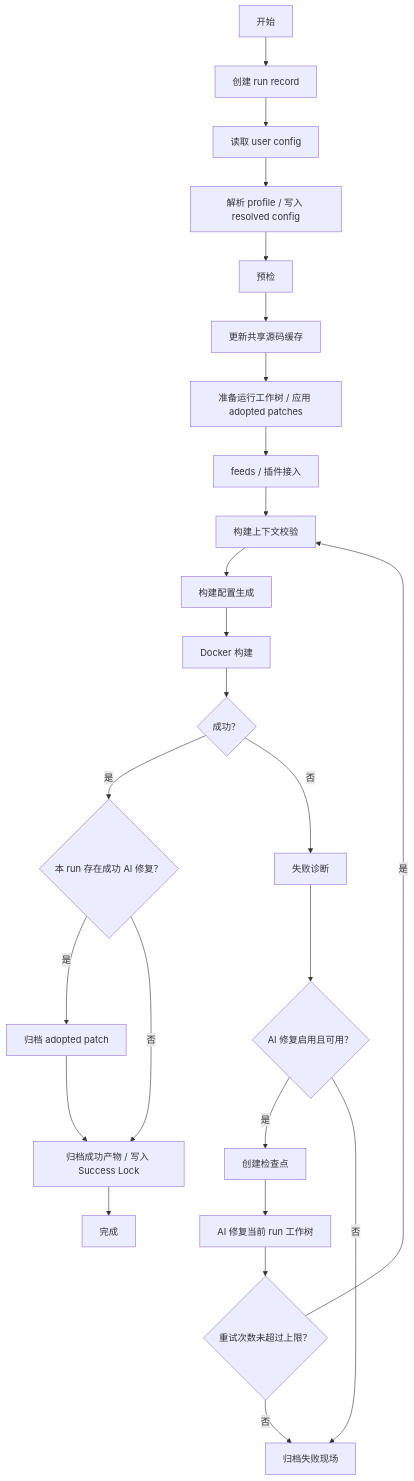
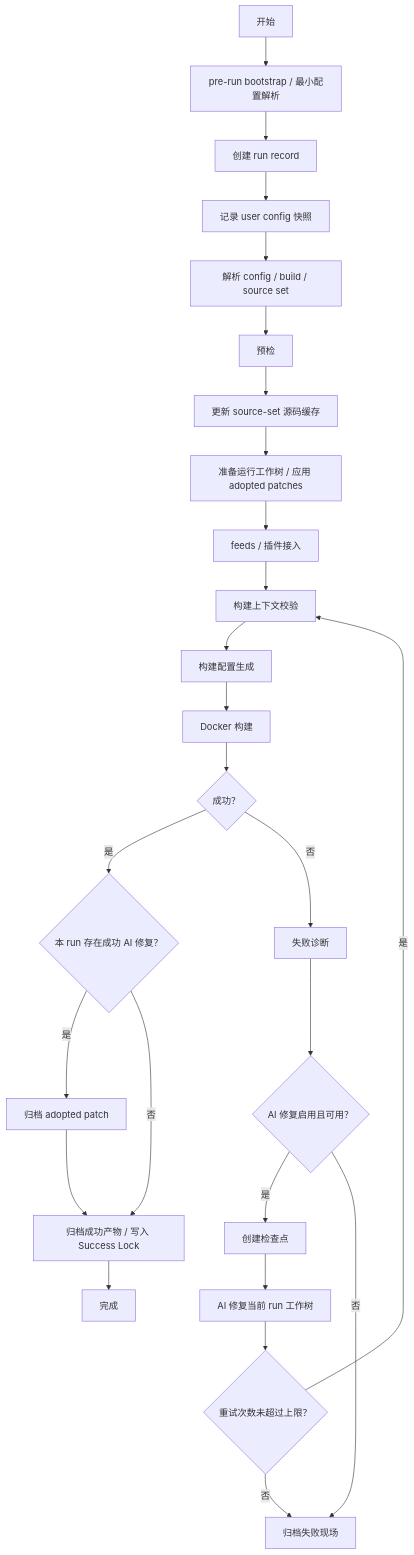
The diagram in docs/02-architecture/build-pipeline.md (John-Robertt/Auto-OpenWrt), drawn with Mermaid before and after one commit. The commit also changed other lines of this file and 47 other files, not shown here.

````diff
--- a/docs/02-architecture/build-pipeline.md
+++ b/docs/02-architecture/build-pipeline.md
@@ -35,27 +38,28 @@
 ```mermaid
 flowchart TD
-  Start["开始"] --> Run["创建 run record"]
-  Run --> Read["读取 user config"]
-  Read --> Resolve["解析 profile / 写入 resolved config"]
+  Start["开始"] --> Bootstrap["pre-run bootstrap / 最小配置解析"]
+  Bootstrap --> Run["创建 run record"]
+  Run --> Read["记录 user config 快照"]
+  Read --> Resolve["解析 config / build / source set"]
   Resolve --> Preflight["预检"]
-  Preflight --> Source["更新共享源码缓存"]
+  Preflight --> Source["更新 source-set 源码缓存"]
   Source --> Worktree["准备运行工作树 / 应用 adopted patches"]
   Worktree --> Attach["feeds / 插件接入"]
   Attach --> Context["构建上下文校验"]
   Context --> Config["构建配置生成"]
   Config --> Build["Docker 构建"]
   Build --> Result{"成功？"}
   Result -- "是" --> Adopt{"本 run 存在成功 AI 修复？"}
   Result -- "否" --> Diagnose["失败诊断"]
   Diagnose --> Repair{"AI 修复启用且可用？"}
   Repair -- "是" --> Checkpoint["创建检查点"]
   Checkpoint --> AI["AI 修复当前 run 工作树"]
   AI --> Retry{"重试次数未超过上限？"}
   Retry -- "是" --> Context
   Retry -- "否" --> Failed["归档失败现场"]
   Repair -- "否" --> Failed
   Adopt -- "是" --> Patch["归档 adopted patch"]
   Adopt -- "否" --> Archive["归档成功产物 / 写入 Success Lock"]
   Patch --> Archive
   Archive --> Done["完成"]
 ```
````
